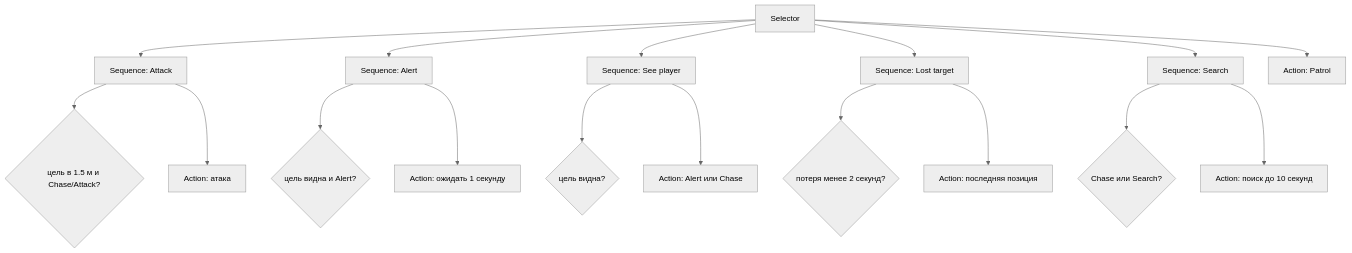
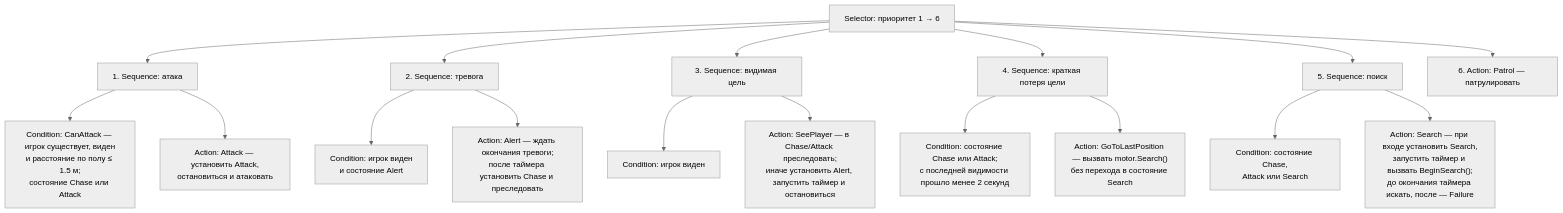
The second of 2 diagrams in docs/diagrams.md (VladimirPechenov/III_lab1), drawn with Mermaid (neutral theme) before and after one commit. The commit also changed other lines of this file, not shown here.

Commit message:
docs: align behavior tree diagram with GuardBT implementation

````diff
--- a/docs/diagrams.md
+++ b/docs/diagrams.md
@@ -20,19 +22,26 @@
 ```mermaid
 flowchart TD
-    R[Selector] --> A[Sequence: Attack]
-    R --> B[Sequence: Alert]
-    R --> C[Sequence: See player]
-    R --> D[Sequence: Lost target]
-    R --> E[Sequence: Search]
-    R --> F[Action: Patrol]
-    A --> A1{цель в 1.5 м и Chase/Attack?}
-    A --> A2[Action: атака]
-    B --> B1{цель видна и Alert?}
-    B --> B2[Action: ожидать 1 секунду]
-    C --> C1{цель видна?}
-    C --> C2[Action: Alert или Chase]
-    D --> D1{потеря менее 2 секунд?}
-    D --> D2[Action: последняя позиция]
-    E --> E1{Chase или Search?}
-    E --> E2[Action: поиск до 10 секунд]
+    R["Selector: приоритет 1 → 6"]
+
+    R --> A["1. Sequence: атака"]
+    R --> B["2. Sequence: тревога"]
+    R --> C["3. Sequence: видимая цель"]
+    R --> D["4. Sequence: краткая потеря цели"]
+    R --> E["5. Sequence: поиск"]
+    R --> F["6. Action: Patrol — патрулировать"]
+
+    A --> A1["Condition: CanAttack — игрок существует, виден<br/>и расстояние по полу ≤ 1.5 м;<br/>состояние Chase или Attack"]
+    A --> A2["Action: Attack — установить Attack,<br/>остановиться и атаковать"]
+
+    B --> B1["Condition: игрок виден<br/>и состояние Alert"]
+    B --> B2["Action: Alert — ждать окончания тревоги;<br/>после таймера установить Chase и преследовать"]
+
+    C --> C1["Condition: игрок виден"]
+    C --> C2["Action: SeePlayer — в Chase/Attack преследовать;<br/>иначе установить Alert, запустить таймер и остановиться"]
+
+    D --> D1["Condition: состояние Chase или Attack;<br/>с последней видимости прошло менее 2 секунд"]
+    D --> D2["Action: GoToLastPosition — вызвать motor.Search()<br/>без перехода в состояние Search"]
+
+    E --> E1["Condition: состояние Chase,<br/>Attack или Search"]
+    E --> E2["Action: Search — при входе установить Search,<br/>запустить таймер и вызвать BeginSearch();<br/>до окончания таймера искать, после — Failure"]
 ```
````
